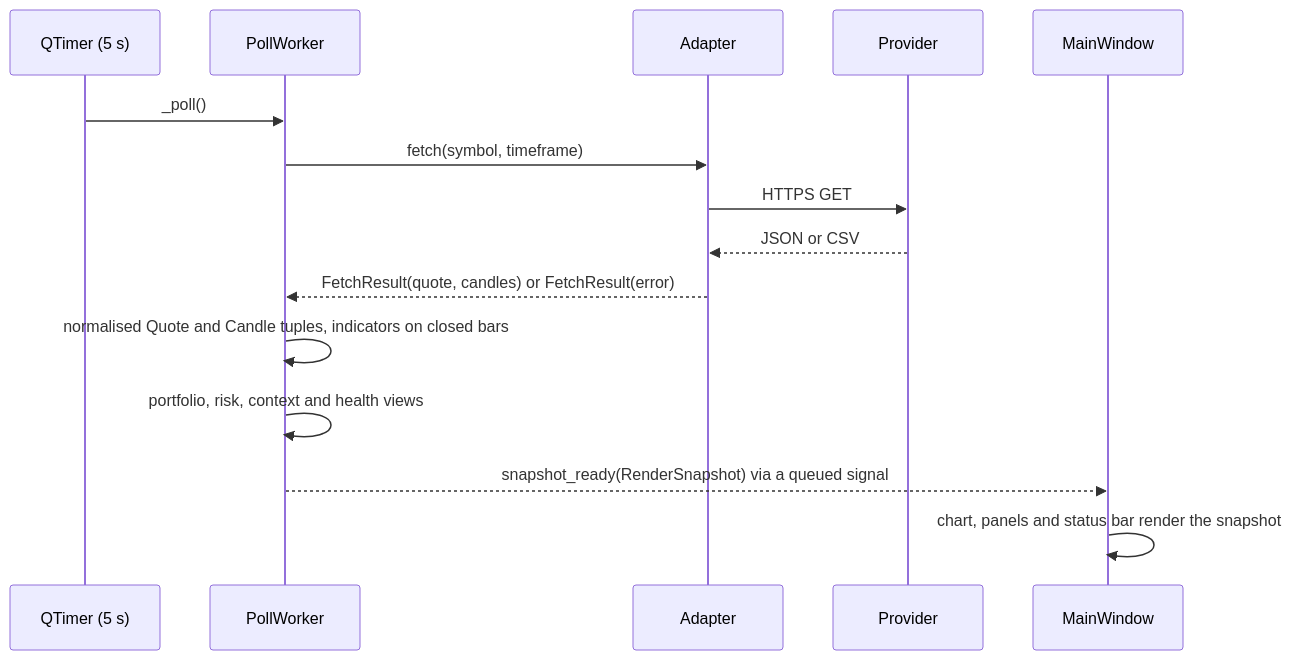
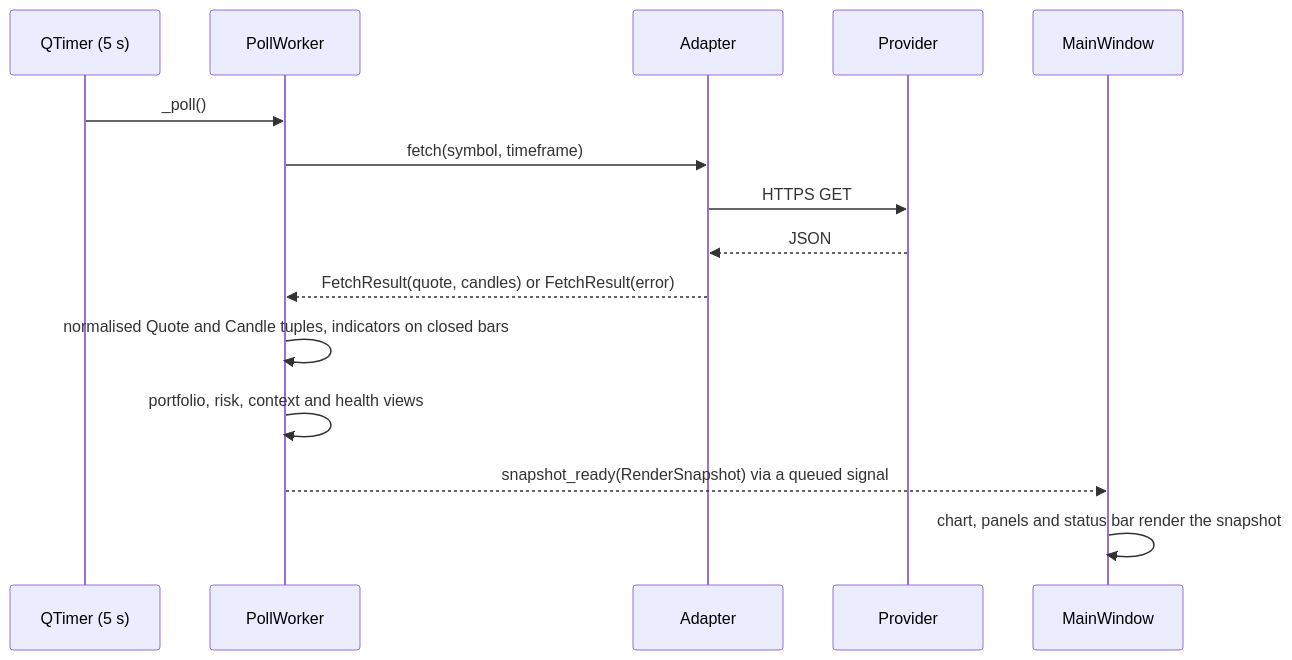
Before and after one commit to 5Muawiyah/MAHAD: the second of 2 diagrams in docs/architecture.md, drawn with Mermaid. The commit also changed other lines of this file, not shown here.

````diff
--- a/docs/architecture.md
+++ b/docs/architecture.md
@@ -32,17 +32,17 @@
 ```mermaid
 sequenceDiagram
     participant T as QTimer (5 s)
     participant W as PollWorker
     participant A as Adapter
     participant X as Provider
     participant M as MainWindow
     T->>W: _poll()
     W->>A: fetch(symbol, timeframe)
     A->>X: HTTPS GET
-    X-->>A: JSON or CSV
+    X-->>A: JSON
     A-->>W: FetchResult(quote, candles) or FetchResult(error)
     W->>W: normalised Quote and Candle tuples, indicators on closed bars
     W->>W: portfolio, risk, context and health views
     W-->>M: snapshot_ready(RenderSnapshot) via a queued signal
     M->>M: chart, panels and status bar render the snapshot
 ```
````
